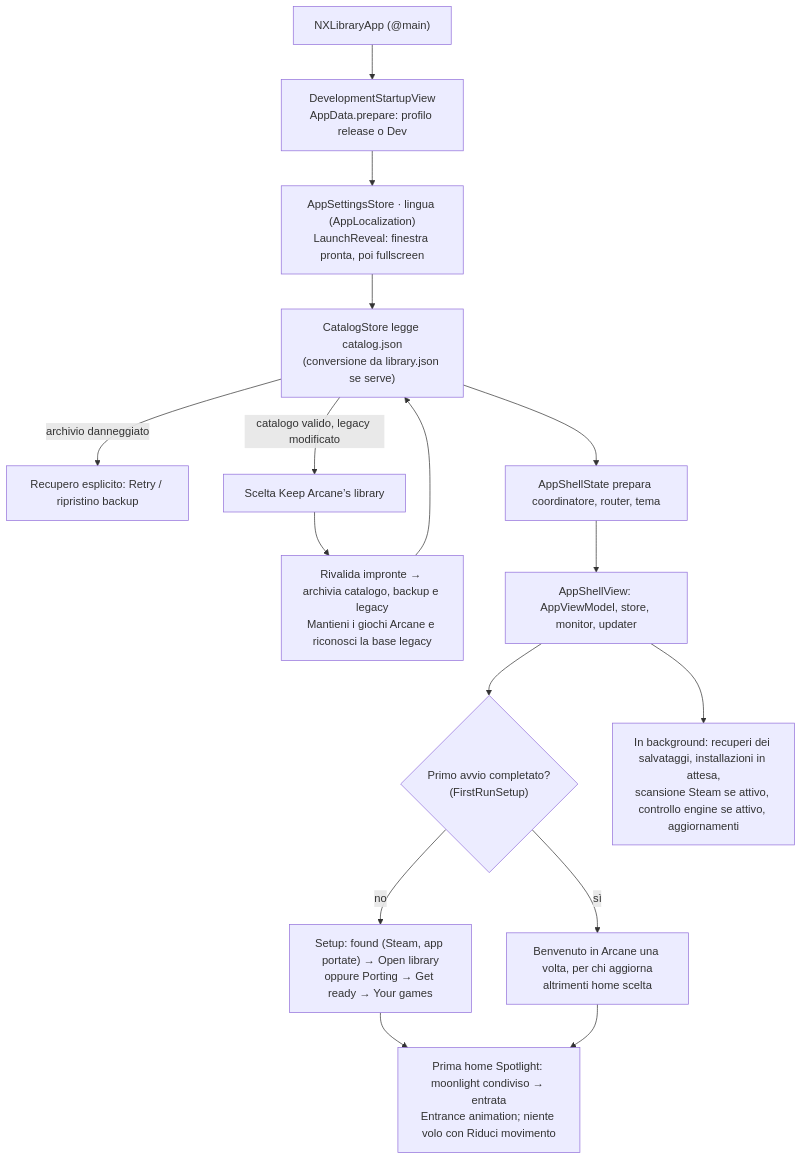
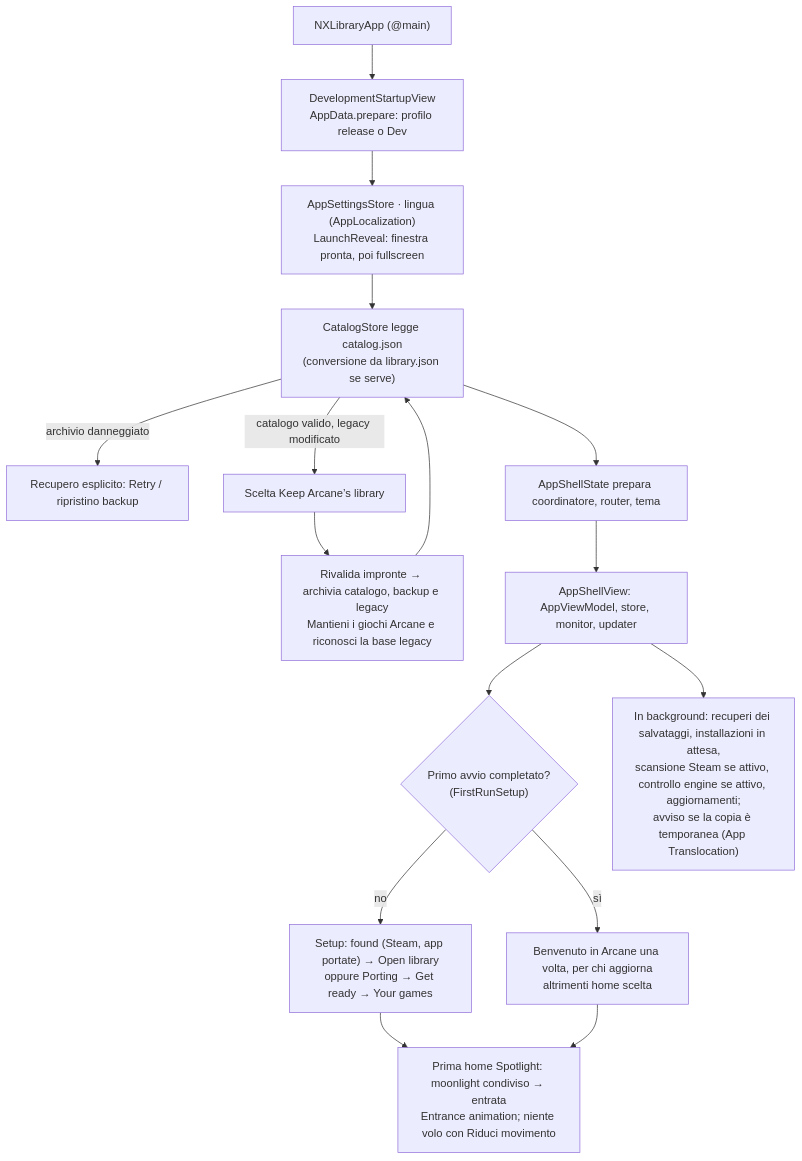
The first of 9 diagrams in docs/how-it-works/flows.md (Bium23/NxLibrary), drawn with Mermaid before and after one commit. The commit also changed 9 other files, not shown here.

````diff
--- a/docs/how-it-works/flows.md
+++ b/docs/how-it-works/flows.md
@@ -17,18 +17,18 @@
 ```mermaid
 flowchart TD
     A["NXLibraryApp (@main)"] --> B["DevelopmentStartupView<br/>AppData.prepare: profilo release o Dev"]
     B --> C["AppSettingsStore · lingua (AppLocalization)<br/>LaunchReveal: finestra pronta, poi fullscreen"]
     C --> D["CatalogStore legge catalog.json<br/>(conversione da library.json se serve)"]
     D -->|"archivio danneggiato"| R["Recupero esplicito: Retry / ripristino backup"]
     D -->|"catalogo valido, legacy modificato"| L["Scelta Keep Arcane’s library"]
     L --> LA["Rivalida impronte → archivia catalogo, backup e legacy<br/>Mantieni i giochi Arcane e riconosci la base legacy"]
     LA --> D
     D --> E["AppShellState prepara coordinatore, router, tema"]
     E --> F["AppShellView: AppViewModel, store, monitor, updater"]
     F --> G{"Primo avvio completato?<br/>(FirstRunSetup)"}
     G -->|"no"| H["Setup: found (Steam, app portate) → Open library<br/>oppure Porting → Get ready → Your games"]
     G -->|"sì"| I["Benvenuto in Arcane una volta, per chi aggiorna<br/>altrimenti home scelta"]
     H --> K["Prima home Spotlight: moonlight condiviso → entrata<br/>Entrance animation; niente volo con Riduci movimento"]
     I --> K
-    F --> J["In background: recuperi dei salvataggi, installazioni in attesa,<br/>scansione Steam se attivo, controllo engine se attivo, aggiornamenti"]
+    F --> J["In background: recuperi dei salvataggi, installazioni in attesa,<br/>scansione Steam se attivo, controllo engine se attivo, aggiornamenti;<br/>avviso se la copia è temporanea (App Translocation)"]
 ```
````
